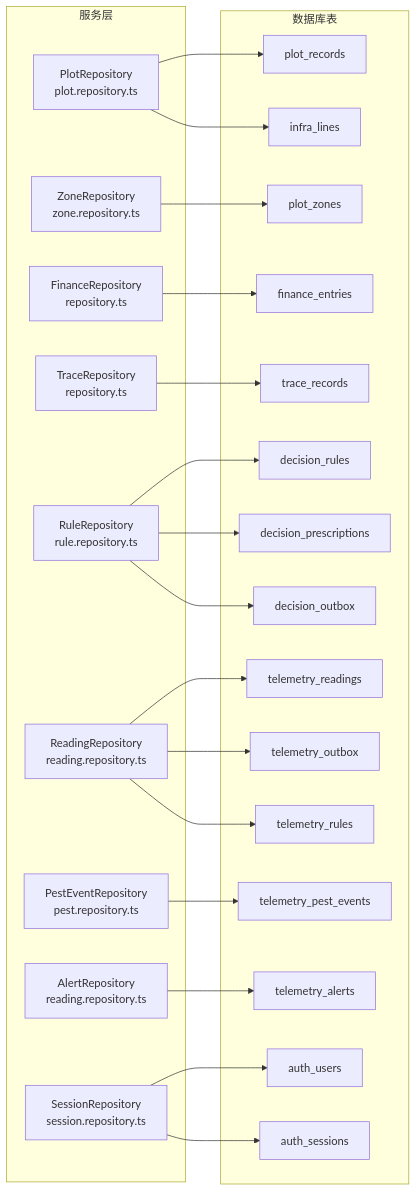
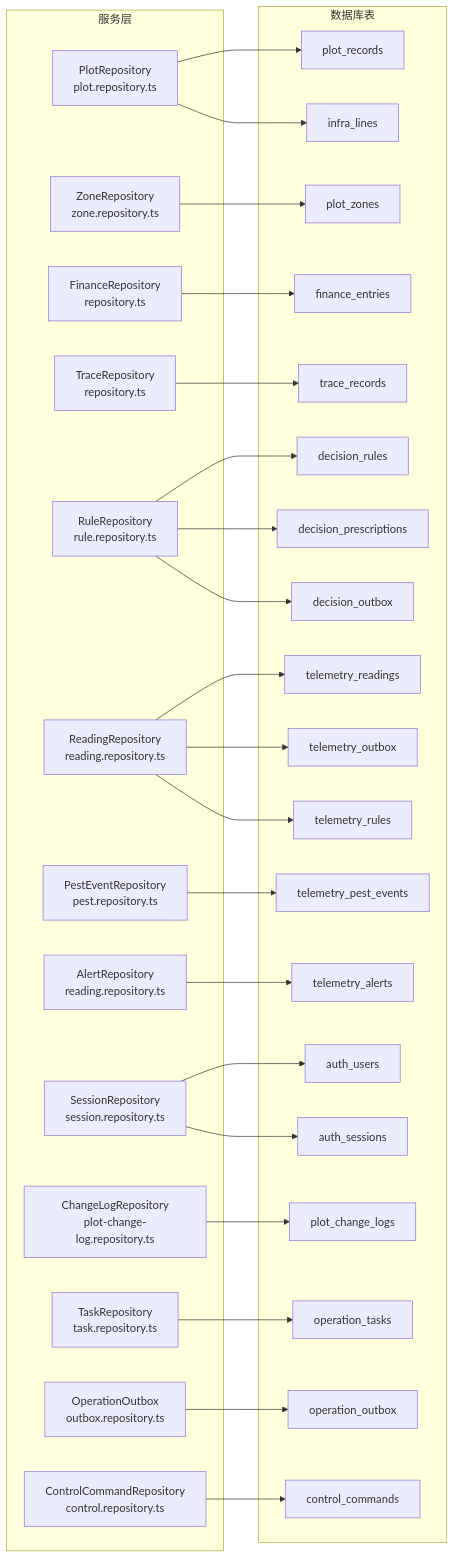
One commit to q446328246/agri-platform changed the second of 19 diagrams in .qoder/repowiki/zh/content/数据库设计/数据库设计.md. Above: the diagram before and after it, drawn with Mermaid. The commit also changed other lines of this file and 52 other files, not shown here.

````diff
--- a/.qoder/repowiki/zh/content/数据库设计/数据库设计.md
+++ b/.qoder/repowiki/zh/content/数据库设计/数据库设计.md
@@ -141,46 +191,58 @@
 ```mermaid
 graph LR
 subgraph "服务层"
 PS["PlotRepository<br/>plot.repository.ts"]
 ZR["ZoneRepository<br/>zone.repository.ts"]
 FS["FinanceRepository<br/>repository.ts"]
 TRS["TraceRepository<br/>repository.ts"]
 RS["RuleRepository<br/>rule.repository.ts"]
 RR["ReadingRepository<br/>reading.repository.ts"]
 PR["PestEventRepository<br/>pest.repository.ts"]
 AR["AlertRepository<br/>reading.repository.ts"]
 ASR["SessionRepository<br/>session.repository.ts"]
+CLR["ChangeLogRepository<br/>plot-change-log.repository.ts"]
+TSR["TaskRepository<br/>task.repository.ts"]
+OOB["OperationOutbox<br/>outbox.repository.ts"]
+CR["ControlCommandRepository<br/>control.repository.ts"]
 end
 subgraph "数据库表"
 T1["plot_records"]
 T2["finance_entries"]
 T3["trace_records"]
 T4["decision_rules"]
 T5["decision_prescriptions"]
 T6["telemetry_readings"]
 T7["telemetry_alerts"]
 T8["decision_outbox"]
 T9["telemetry_outbox"]
 T10["auth_users"]
 T11["auth_sessions"]
 T12["telemetry_rules"]
 T13["telemetry_pest_events"]
 T14["infra_lines"]
 T15["plot_zones"]
+T16["plot_change_logs"]
+T17["operation_tasks"]
+T18["operation_outbox"]
+T19["control_commands"]
 end
 PS --> T1
 ZR --> T15
 FS --> T2
 TRS --> T3
 RS --> T4
 RS --> T5
 RR --> T6
 PR --> T13
 AR --> T7
 RS --> T8
 RR --> T9
 ASR --> T10
 ASR --> T11
 RR --> T12
 PS --> T14
+CLR --> T16
+TSR --> T17
+OOB --> T18
+CR --> T19
 ```
````
